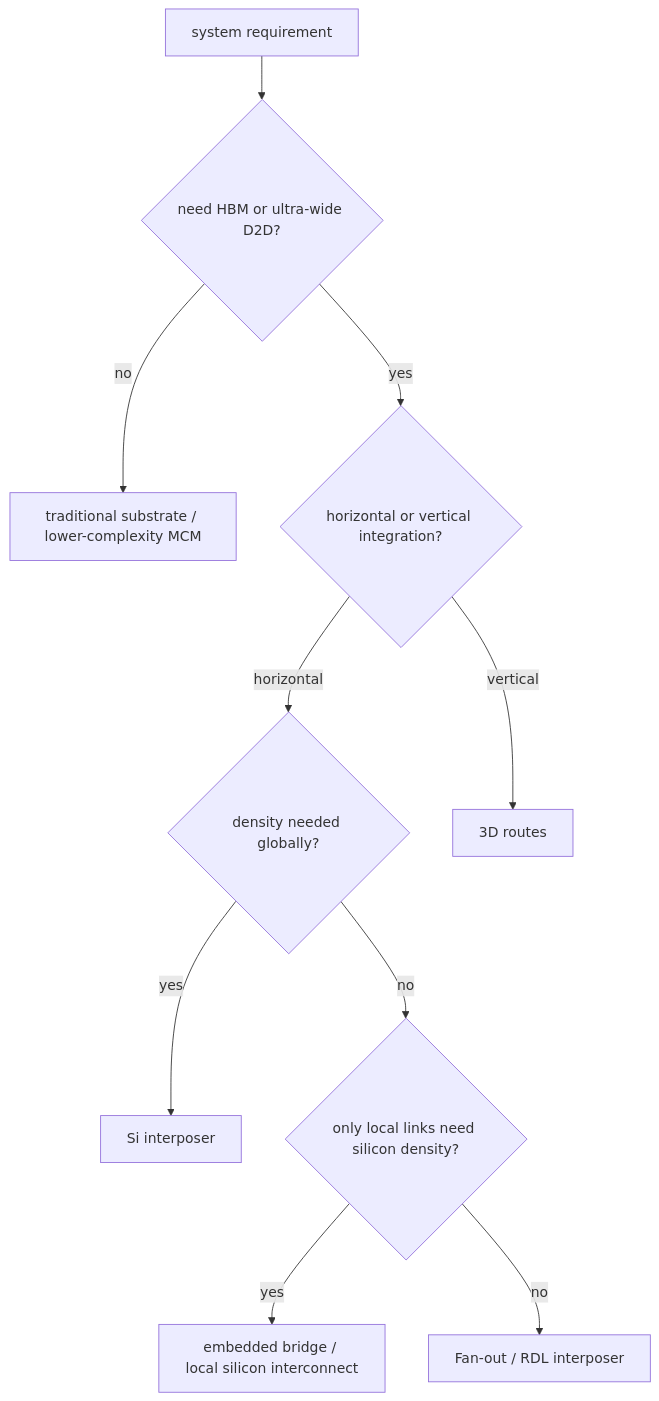
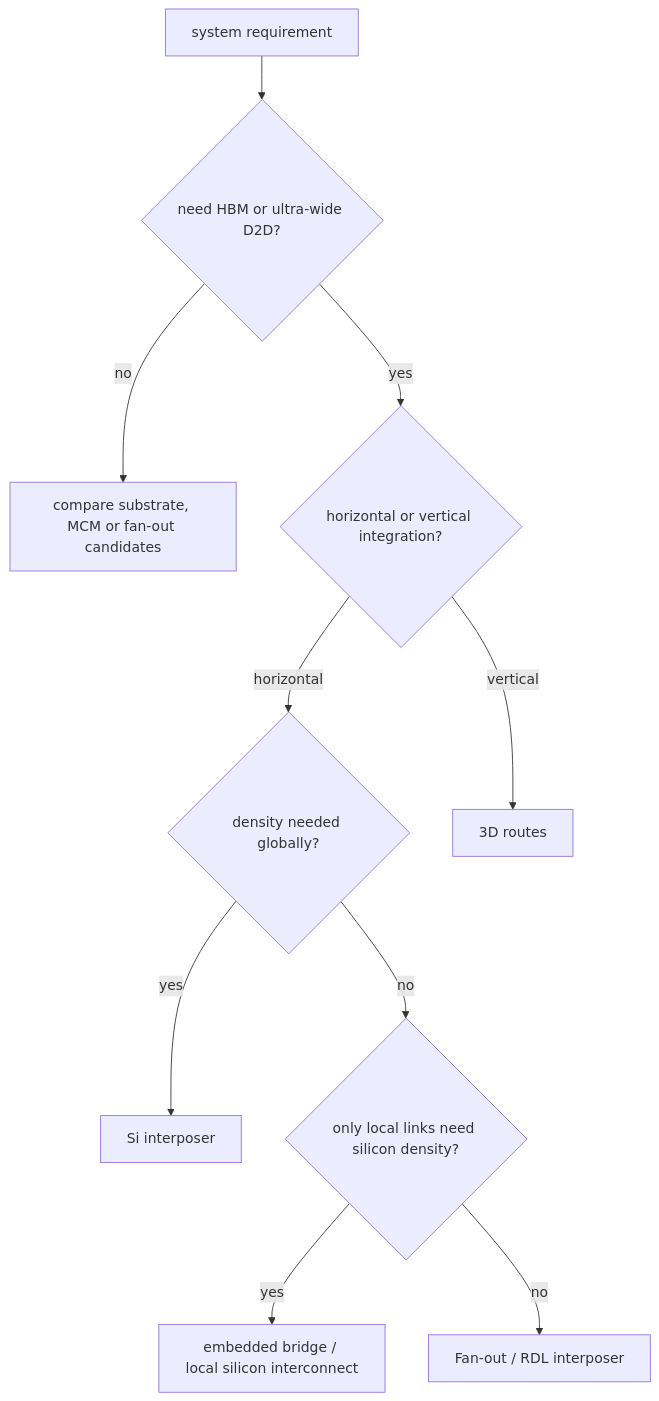
The diagram in FAB/wiki/04-back-end-packaging/2.5d-routes/2.5d-routes-tradeoff-map.md (microarch-flow/wiki), drawn with Mermaid before and after one commit. The commit also changed other lines of this file and 458 other files, not shown here.

````diff
--- a/FAB/wiki/04-back-end-packaging/2.5d-routes/2.5d-routes-tradeoff-map.md
+++ b/FAB/wiki/04-back-end-packaging/2.5d-routes/2.5d-routes-tradeoff-map.md
@@ -14,12 +14,12 @@
 ```mermaid
 flowchart TD
     A[system requirement] --> B{need HBM or ultra-wide D2D?}
-    B -- no --> C[traditional substrate / lower-complexity MCM]
+    B -- no --> C[compare substrate, MCM or fan-out candidates]
     B -- yes --> D{horizontal or vertical integration?}
     D -- horizontal --> E{density needed globally?}
     E -- yes --> F[Si interposer]
     E -- no --> G{only local links need silicon density?}
     G -- yes --> H[embedded bridge / local silicon interconnect]
     G -- no --> I[Fan-out / RDL interposer]
     D -- vertical --> J[3D routes]
 ```
````
